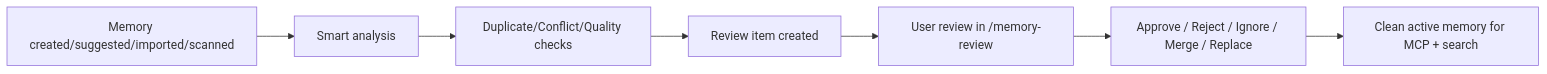
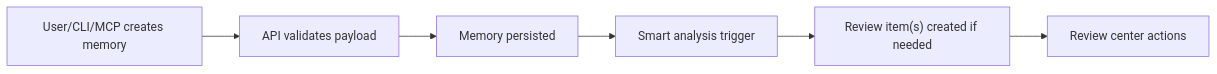
One commit to BhavinDivecha/DevMemoryOS changed the second of 4 diagrams in README.md. Above: the diagram before and after it, drawn with Mermaid. The commit also changed other lines of this file, not shown here.

````diff
--- a/README.md
+++ b/README.md
@@ -77,9 +138,8 @@
 ```mermaid
 flowchart LR
-  A["Memory created/suggested/imported/scanned"] --> B["Smart analysis"]
-  B --> C["Duplicate/Conflict/Quality checks"]
-  C --> D["Review item created"]
-  D --> E["User review in /memory-review"]
-  E --> F["Approve / Reject / Ignore / Merge / Replace"]
-  F --> G["Clean active memory for MCP + search"]
+  A["User/CLI/MCP creates memory"] --> B["API validates payload"]
+  B --> C["Memory persisted"]
+  C --> D["Smart analysis trigger"]
+  D --> E["Review item(s) created if needed"]
+  E --> F["Review center actions"]
 ```
````
